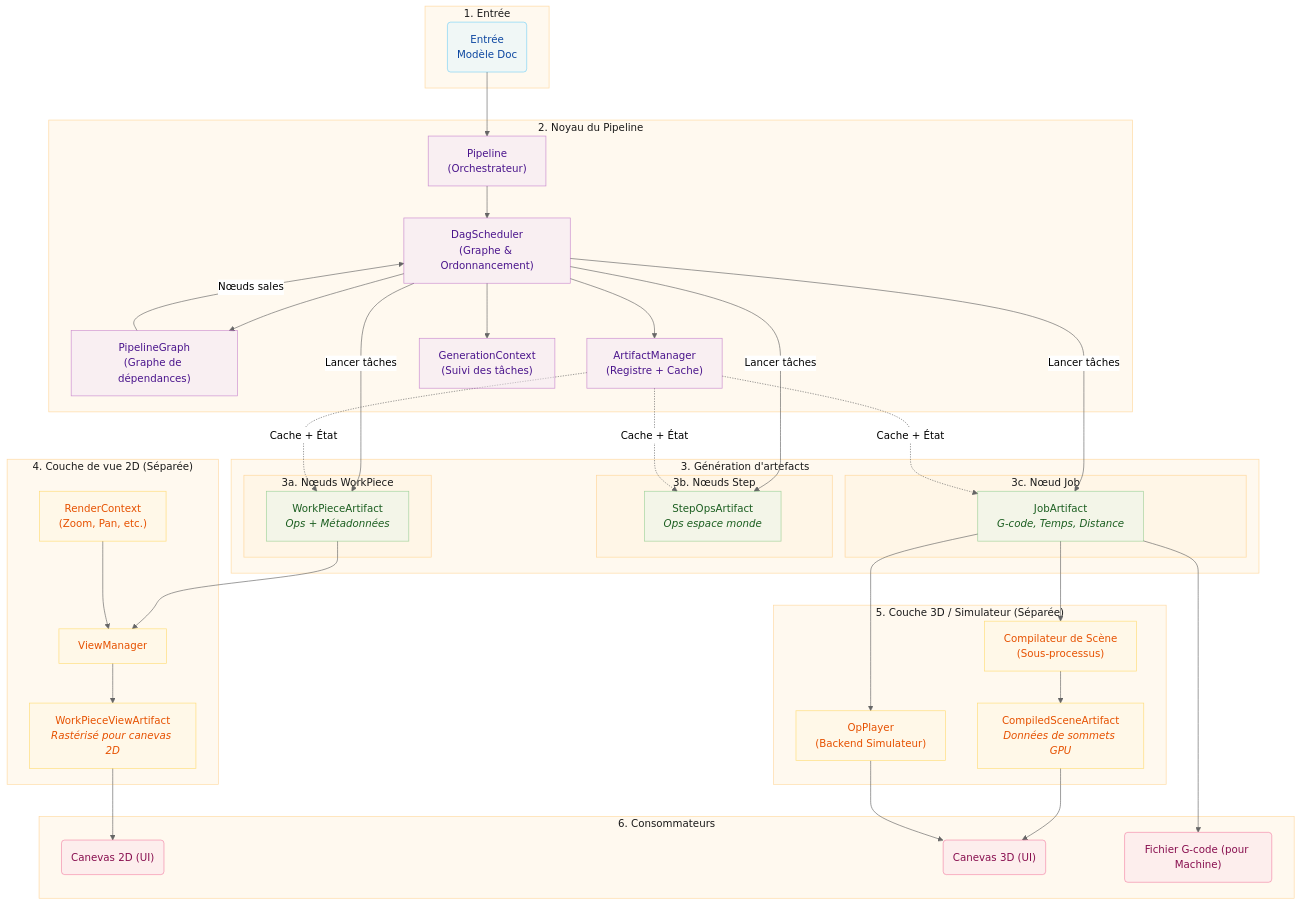
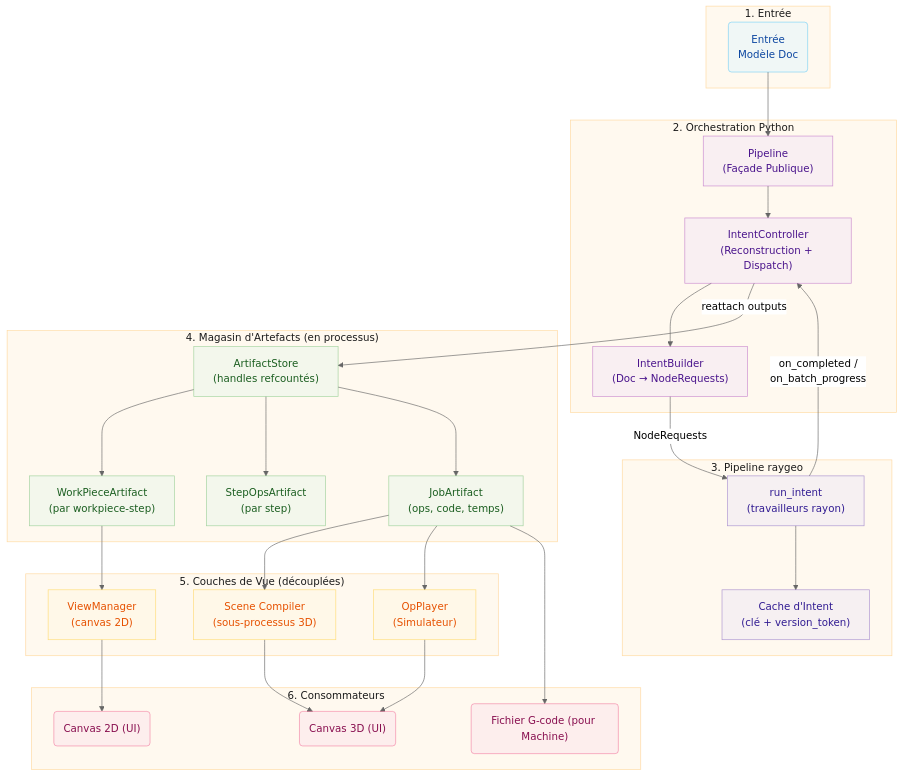
The diagram in website/i18n/fr/docusaurus-plugin-content-docs/current/developer/pipeline.md (barebaric/rayforge), drawn with Mermaid (neutral theme) before and after one commit. The commit also changed other lines of this file and 7 other files, not shown here.

````diff
--- a/website/i18n/fr/docusaurus-plugin-content-docs/current/developer/pipeline.md
+++ b/website/i18n/fr/docusaurus-plugin-content-docs/current/developer/pipeline.md
@@ -15,84 +21,68 @@
         InputNode("Entrée<br/>Modèle Doc")
     end
 
-    subgraph PipelineCore["2. Noyau du Pipeline"]
-        Pipeline["Pipeline<br/>(Orchestrateur)"]
-        DAG["DagScheduler<br/>(Graphe & Ordonnancement)"]
-        Graph["PipelineGraph<br/>(Graphe de dépendances)"]
-        AM["ArtifactManager<br/>(Registre + Cache)"]
-        GC["GenerationContext<br/>(Suivi des tâches)"]
+    subgraph PythonOrchestrator["2. Orchestration Python"]
+        Pipeline["Pipeline<br/>(Façade Publique)"]
+        IC["IntentController<br/>(Reconstruction + Dispatch)"]
+        IB["IntentBuilder<br/>(Doc &rarr; NodeRequests)"]
     end
 
-    subgraph ArtifactGen["3. Génération d'artefacts"]
-        subgraph WorkPieceNodes["3a. Nœuds WorkPiece"]
-            WP["WorkPieceArtifact<br/><i>Ops + Métadonnées</i>"]
-        end
-
-        subgraph StepNodes["3b. Nœuds Step"]
-            SO["StepOpsArtifact<br/><i>Ops espace monde</i>"]
-        end
-
-        subgraph JobNode["3c. Nœud Job"]
-            JA["JobArtifact<br/><i>G-code, Temps, Distance</i>"]
-        end
+    subgraph Raygeo["3. Pipeline raygeo"]
+        RI["run_intent<br/>(travailleurs rayon)"]
+        Cache["Cache d'Intent<br/>(clé + version_token)"]
     end
 
-    subgraph View2D["4. Couche de vue 2D (Séparée)"]
-        VM["ViewManager"]
-        RC["RenderContext<br/>(Zoom, Pan, etc.)"]
-        WV["WorkPieceViewArtifact<br/><i>Rastérisé pour canevas 2D</i>"]
+    subgraph Artifacts["4. Magasin d'Artefacts (en processus)"]
+        Store["ArtifactStore<br/>(handles refcountés)"]
+        WP["WorkPieceArtifact<br/>(par workpiece-step)"]
+        SO["StepOpsArtifact<br/>(par step)"]
+        JA["JobArtifact<br/>(ops, code, temps)"]
     end
 
-    subgraph View3D["5. Couche 3D / Simulateur (Séparée)"]
-        SC["Compilateur de Scène<br/>(Sous-processus)"]
-        CS["CompiledSceneArtifact<br/><i>Données de sommets GPU</i>"]
-        OP["OpPlayer<br/>(Backend Simulateur)"]
+    subgraph View["5. Couches de Vue (découplées)"]
+        VM["ViewManager<br/>(canvas 2D)"]
+        SC["Scene Compiler<br/>(sous-processus 3D)"]
+        OP["OpPlayer<br/>(Simulateur)"]
     end
 
     subgraph Consumers["6. Consommateurs"]
-        Vis2D("Canevas 2D (UI)")
-        Vis3D("Canevas 3D (UI)")
+        Vis2D("Canvas 2D (UI)")
+        Vis3D("Canvas 3D (UI)")
         File("Fichier G-code (pour Machine)")
     end
 
     InputNode --> Pipeline
-    Pipeline --> DAG
-    DAG --> Graph
-    DAG --> AM
-    DAG --> GC
-
-    Graph -->|"Nœuds sales"| DAG
-    DAG -->|"Lancer tâches"| WP
-    DAG -->|"Lancer tâches"| SO
-    DAG -->|"Lancer tâches"| JA
-
-    AM -.->|"Cache + État"| WP
-    AM -.->|"Cache + État"| SO
-    AM -.->|"Cache + État"| JA
+    Pipeline --> IC
+    IC --> IB
+    IB -->|"NodeRequests"| RI
+    RI -->|"on_completed /<br/>on_batch_progress"| IC
+    RI --> Cache
+    IC -->|"reattach outputs"| Store
+    Store --> WP
+    Store --> SO
+    Store --> JA
 
     WP --> VM
     JA --> SC
     JA --> OP
     JA --> File
 
-    RC --> VM
-    VM --> WV
-    WV --> Vis2D
-
-    SC --> CS
-    CS --> Vis3D
+    VM --> Vis2D
+    SC --> Vis3D
     OP --> Vis3D
 
     classDef clusterBox fill:#fff3e080,stroke:#ffb74d80,stroke-width:1px,color:#1a1a1a
     classDef inputNode fill:#e1f5fe80,stroke:#03a9f480,color:#0d47a1
-    classDef coreNode fill:#f3e5f580,stroke:#9c27b080,color:#4a148c
+    classDef pyNode fill:#f3e5f580,stroke:#9c27b080,color:#4a148c
+    classDef raygeoNode fill:#ede7f680,stroke:#5e35b180,color:#311b92
     classDef artifactNode fill:#e8f5e980,stroke:#4caf5080,color:#1b5e20
     classDef viewNode fill:#fff8e180,stroke:#ffc10780,color:#e65100
     classDef consumerNode fill:#fce4ec80,stroke:#e91e6380,color:#880e4f
-    class Input,PipelineCore,ArtifactGen,WorkPieceNodes,StepNodes,JobNode,View2D,View3D,Consumers clusterBox
+    class Input,PythonOrchestrator,Raygeo,Artifacts,View,Consumers clusterBox
     class InputNode inputNode
-    class Pipeline,DAG,Graph,AM,GC coreNode
-    class WP,SO,JA artifactNode
-    class VM,RC,WV,SC,CS,OP viewNode
+    class Pipeline,IC,IB pyNode
+    class RI,Cache raygeoNode
+    class Store,WP,SO,JA artifactNode
+    class VM,SC,OP viewNode
     class Vis2D,Vis3D,File consumerNode
 ```
````
